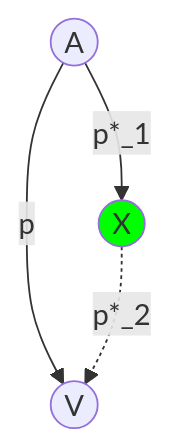
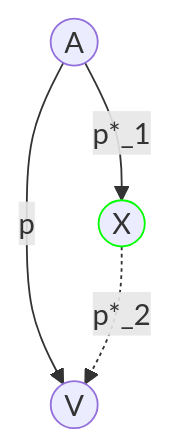
One commit to Hidan0/ai-workshop changed the second of 2 diagrams in search/ucs/README.md. Above: the diagram before and after it, drawn with Mermaid. The commit also changed 4 other files, not shown here.

````diff
--- a/search/ucs/README.md
+++ b/search/ucs/README.md
@@ -57,7 +57,7 @@
 ```mermaid
 graph TD;
     a((A)) --> |p|v((V))
     a-->|p*_1|x((X)):::green
     x -.-> |p*_2|v
-    classDef green fill:#0f0
+    classDef green stroke:#0f0
 ```
````
